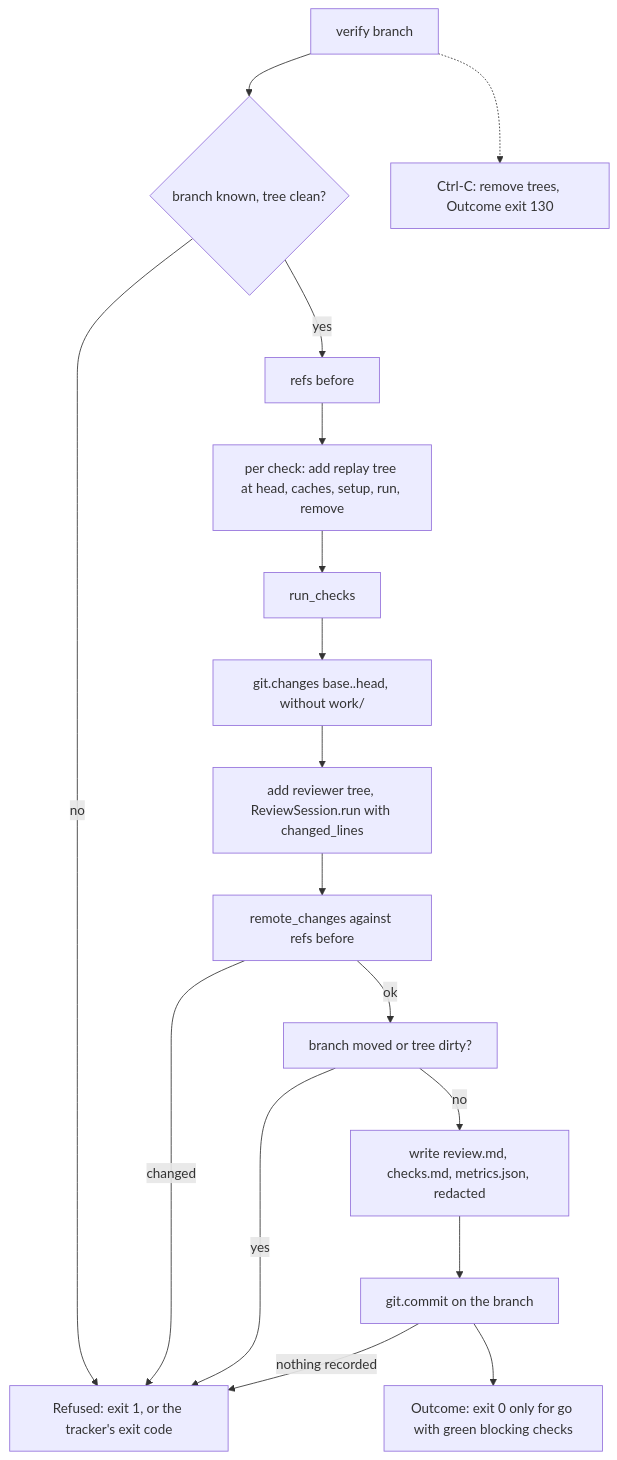
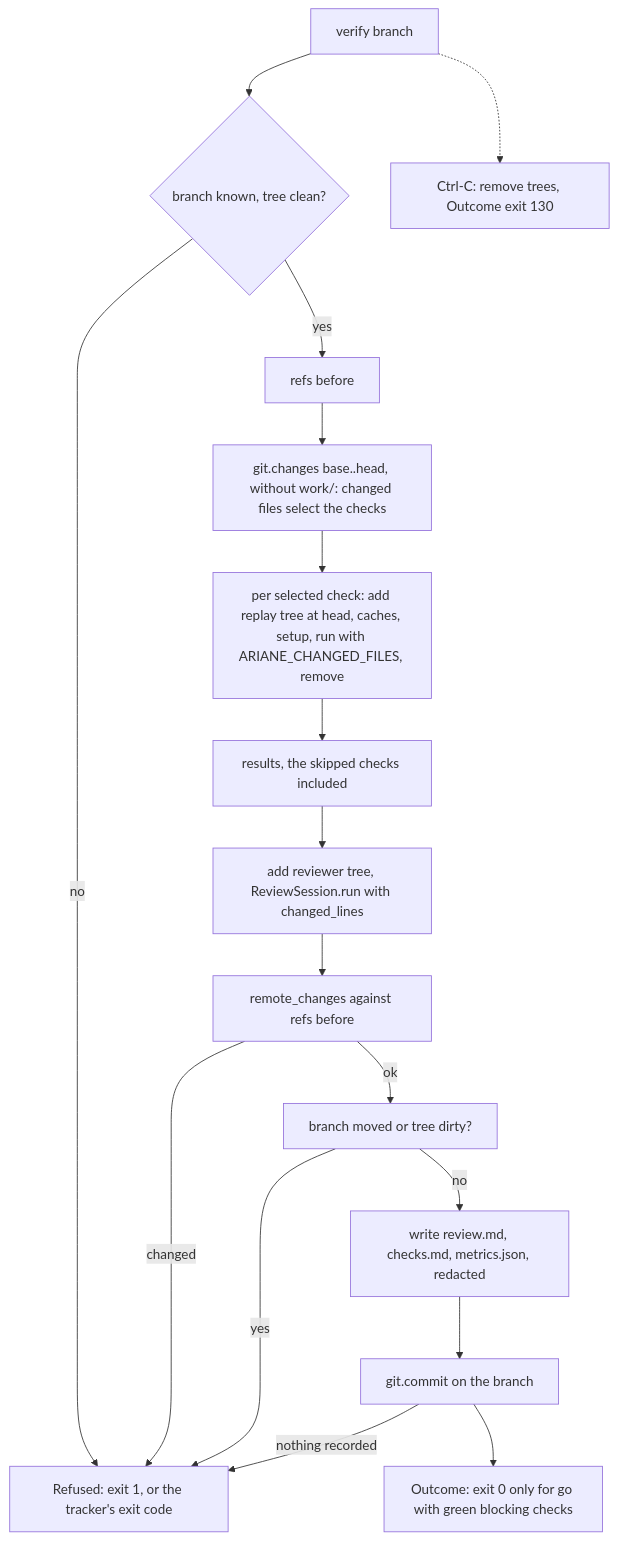
Before and after one commit to plaplanche/ariane: the first of 3 diagrams in docs/architecture/modules/verify.md, drawn with Mermaid. The commit also changed other lines of this file and 27 other files, not shown here.

Commit message:
#184: Selective checks: checks[].paths and ARIANE_CHANGED_FILES (C9)

````diff
--- a/docs/architecture/modules/verify.md
+++ b/docs/architecture/modules/verify.md
@@ -32,19 +33,19 @@
 ```mermaid
 flowchart TD
   A[verify branch] --> B{branch known, tree clean?}
   B -- no --> X[Refused: exit 1, or the tracker's exit code]
   B -- yes --> C[refs before]
-  C --> D[per check: add replay tree at head, caches, setup, run, remove]
-  D --> E[run_checks]
-  E --> E2[git.changes base..head, without work/]
-  E2 --> F[add reviewer tree, ReviewSession.run with changed_lines]
+  C --> C2[git.changes base..head, without work/: changed files select the checks]
+  C2 --> D[per selected check: add replay tree at head, caches, setup, run with ARIANE_CHANGED_FILES, remove]
+  D --> E[results, the skipped checks included]
+  E --> F[add reviewer tree, ReviewSession.run with changed_lines]
   F --> G[remote_changes against refs before]
   G -- changed --> X
   G -- ok --> H[branch moved or tree dirty?]
   H -- yes --> X
   H -- no --> I[write review.md, checks.md, metrics.json, redacted]
   I --> J[git.commit on the branch]
   J -- nothing recorded --> X
   J --> K[Outcome: exit 0 only for go with green blocking checks]
   A -.-> L[Ctrl-C: remove trees, Outcome exit 130]
 ```
````
